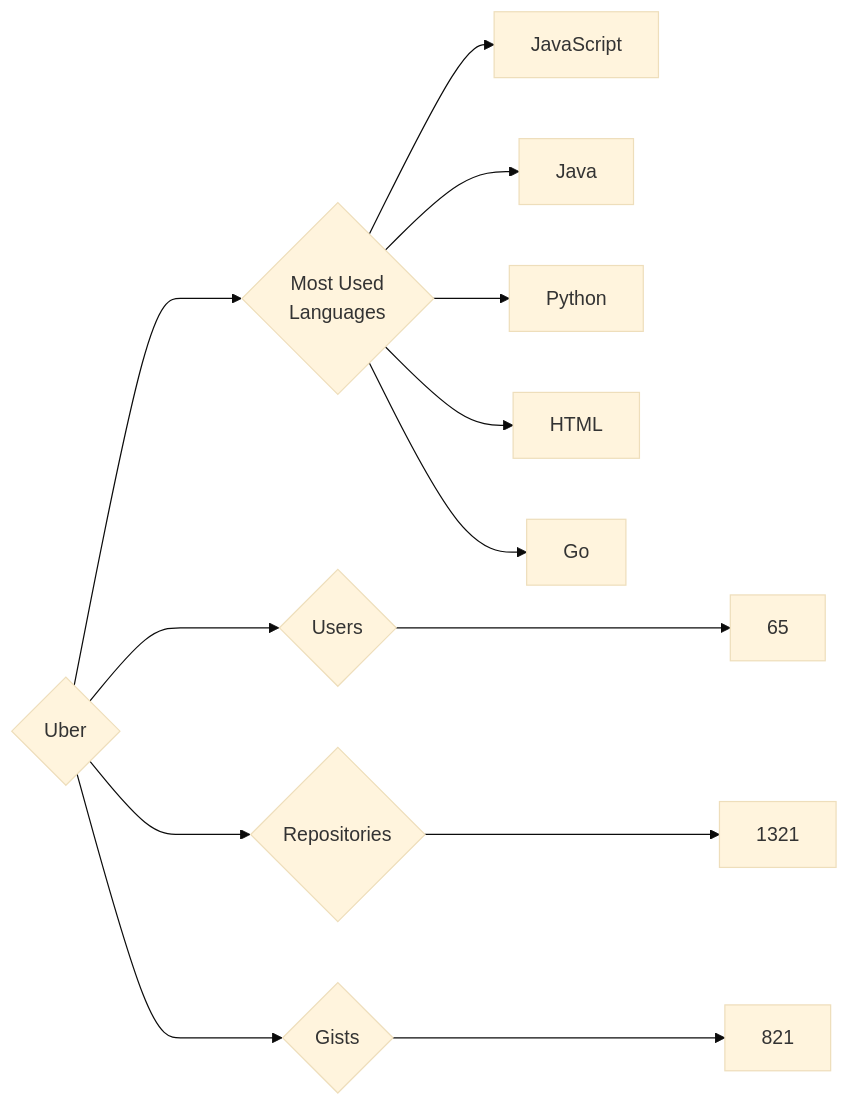
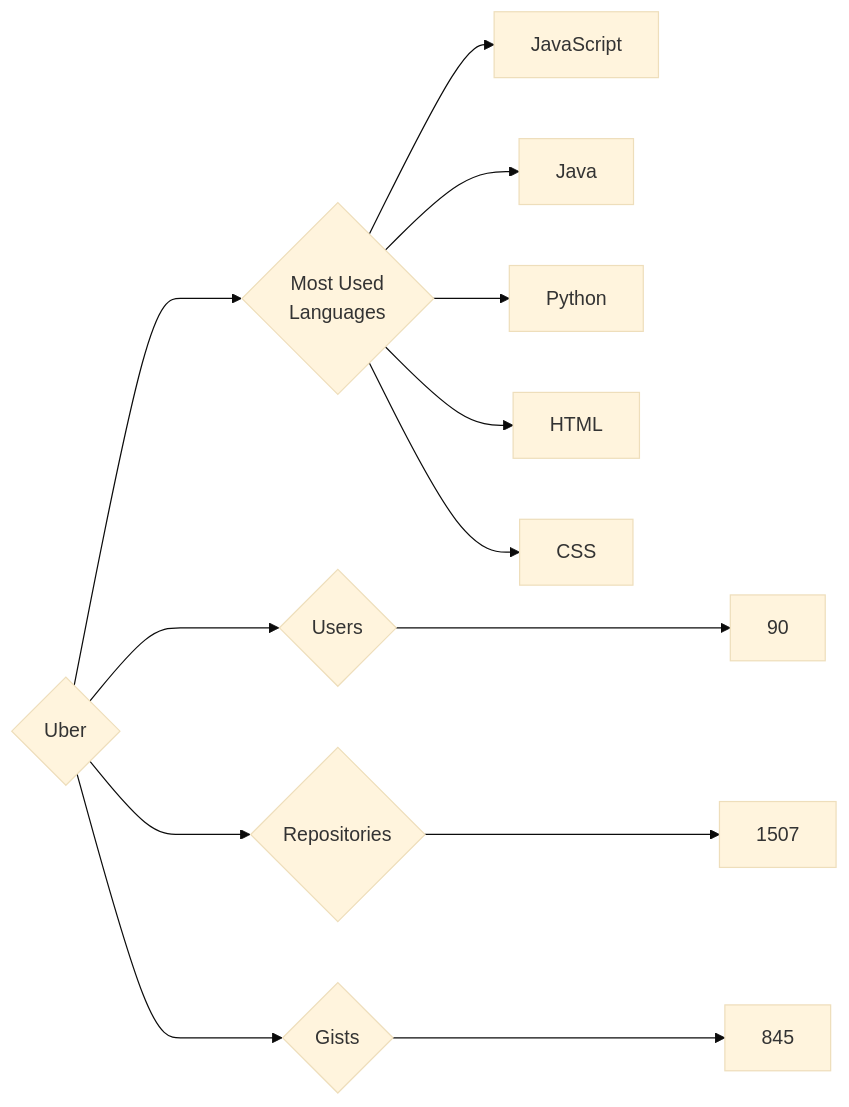
The diagram in targets/Uber/README.md (trickest/insiders), drawn with Mermaid (base theme) before and after one commit. The commit also changed 829 other files, not shown here.

````diff
--- a/targets/Uber/README.md
+++ b/targets/Uber/README.md
@@ -3,13 +3,13 @@
 ```mermaid
 graph LR
 COMPANY_NAME{Uber}
-COMPANY_NAME ---> U{Users} ---> UN[65]
-COMPANY_NAME ---> R{Repositories} ---> RN[1321]
-COMPANY_NAME ---> G{Gists} ---> GN[821]
+COMPANY_NAME ---> U{Users} ---> UN[90]
+COMPANY_NAME ---> R{Repositories} ---> RN[1507]
+COMPANY_NAME ---> G{Gists} ---> GN[845]
 COMPANY_NAME ---> ML{Most Used<br>Languages}
 ML --> JavaScript[JavaScript]
 ML --> Java[Java]
 ML --> Python[Python]
 ML --> HTML[HTML]
-ML --> Go[Go]
+ML --> CSS[CSS]
 ```
````
